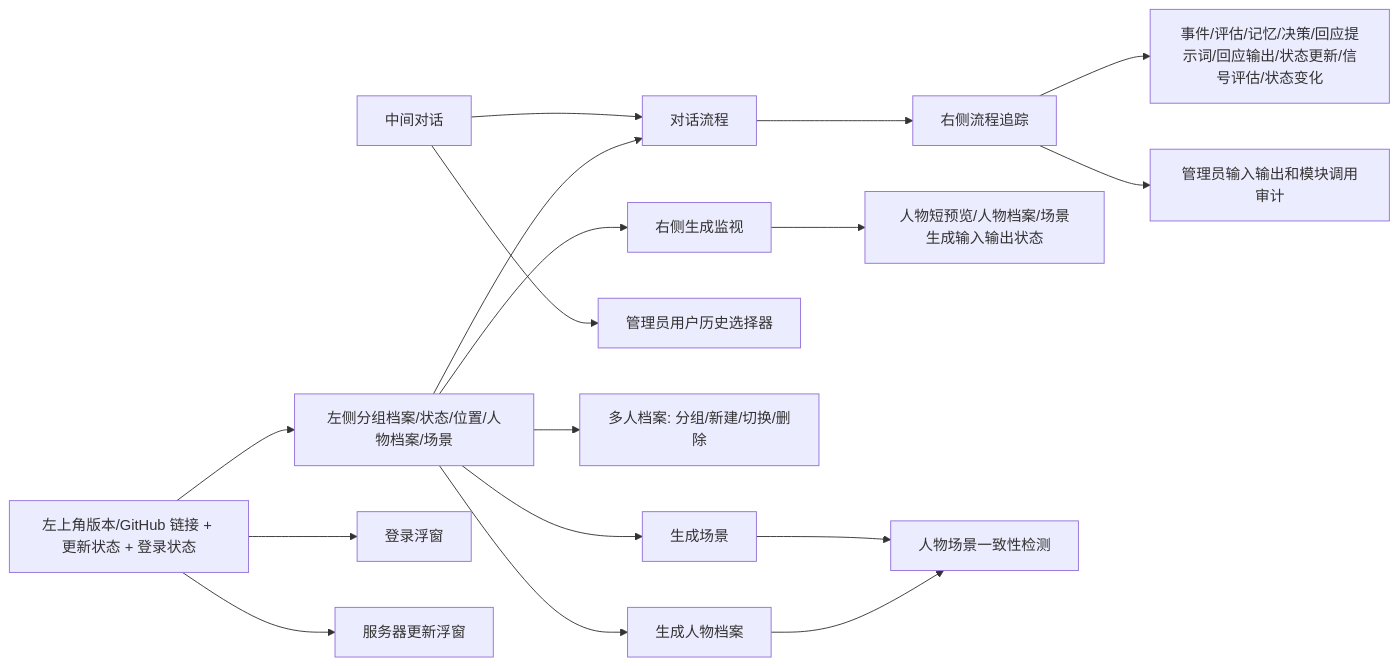
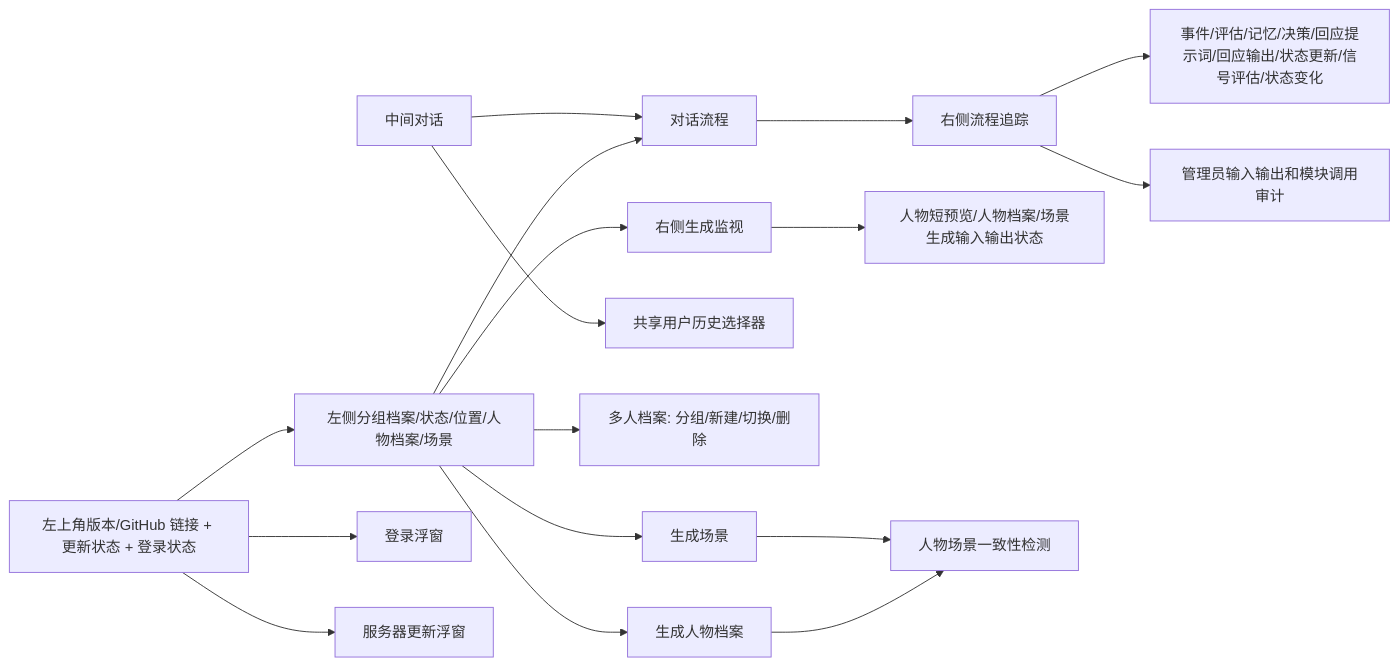
Before and after one commit to ttmanthatman/virtual-human-flow: diagram 31 of 31 in docs/SYSTEM_FLOW.md, drawn with Mermaid. The commit also changed other lines of this file and 14 other files, not shown here.

````diff
--- a/docs/SYSTEM_FLOW.md
+++ b/docs/SYSTEM_FLOW.md
@@ -776,19 +776,19 @@
 ```mermaid
 flowchart LR
     TOP[左上角版本/GitHub 链接 + 更新状态 + 登录状态] --> LEFT
     LEFT[左侧分组档案/状态/位置/人物档案/场景] --> PIPE[对话流程]
     CHAT[中间对话] --> PIPE
     PIPE --> TRACE[右侧流程追踪]
     TRACE --> JSON[事件/评估/记忆/决策/回应提示词/回应输出/状态更新/信号评估/状态变化]
     LEFT --> MONITOR[右侧生成监视]
     MONITOR --> GENJSON[人物短预览/人物档案/场景生成输入输出状态]
     TRACE --> AUDIT[管理员输入输出和模块调用审计]
-    CHAT --> ADMINHIST[管理员用户历史选择器]
+    CHAT --> SHAREDHIST[共享用户历史选择器]
     TOP --> LOGIN[登录浮窗]
     TOP --> UPDATE[服务器更新浮窗]
     LEFT --> DOS[多人档案: 分组/新建/切换/删除]
     LEFT --> GEN1[生成人物档案]
     LEFT --> GEN2[生成场景]
     GEN1 --> FIT[人物场景一致性检测]
     GEN2 --> FIT
 ```
````
